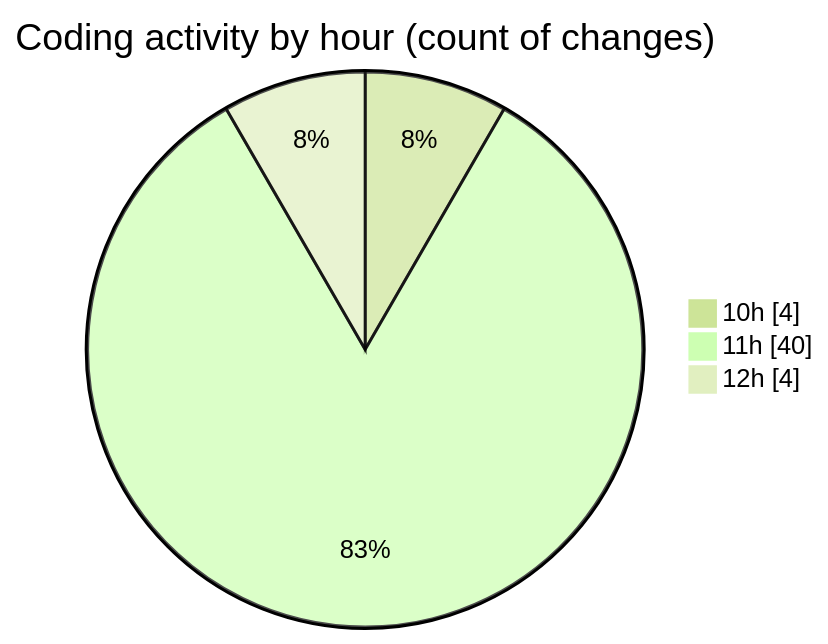
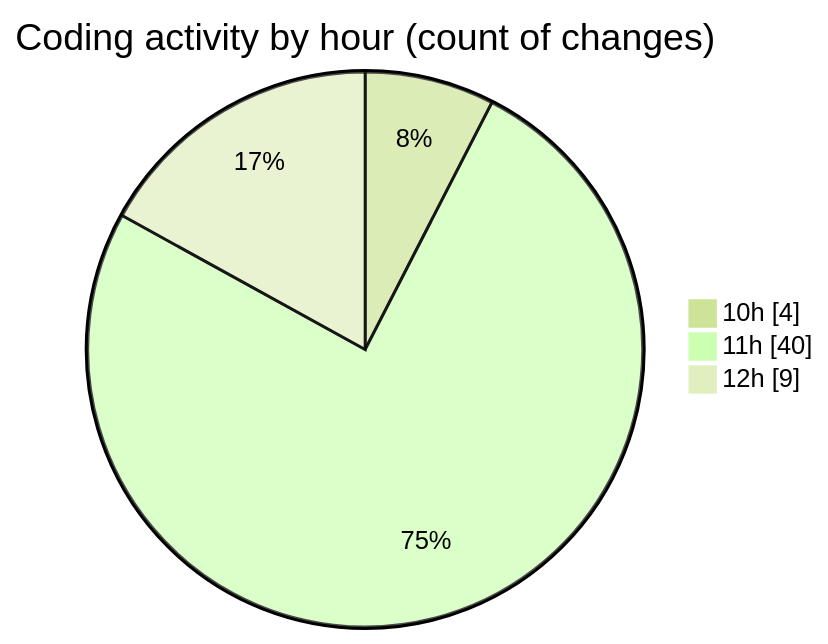
One commit to nxtqubesakshisongat/code-tracking changed the second of 2 diagrams in 2025-07-28/nxtqube_webapp/README.md. Above: the diagram before and after it, drawn with Mermaid (forest theme). The commit also changed other lines of this file and 1 other file, not shown here.

````diff
--- a/2025-07-28/nxtqube_webapp/README.md
+++ b/2025-07-28/nxtqube_webapp/README.md
@@ -54,7 +54,7 @@
 ```mermaid
 pie showData
 title Coding activity by hour (count of changes)
 "10h" : 4
 "11h" : 40
-"12h" : 4
+"12h" : 9
 ```
````
